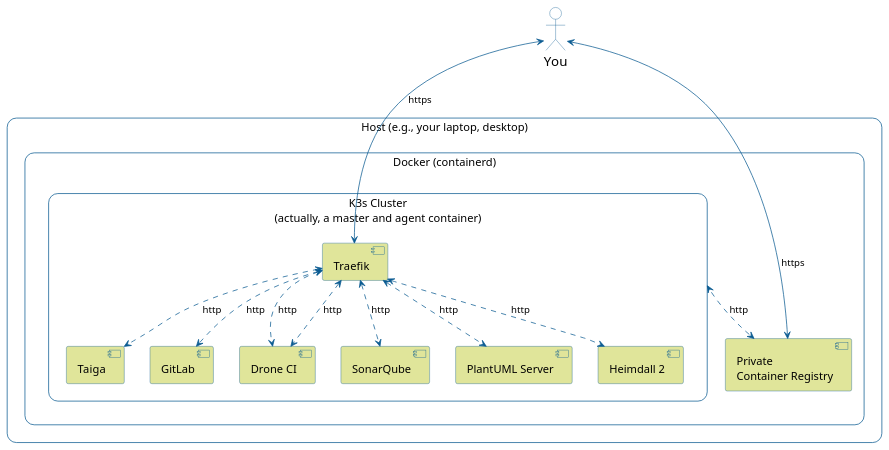
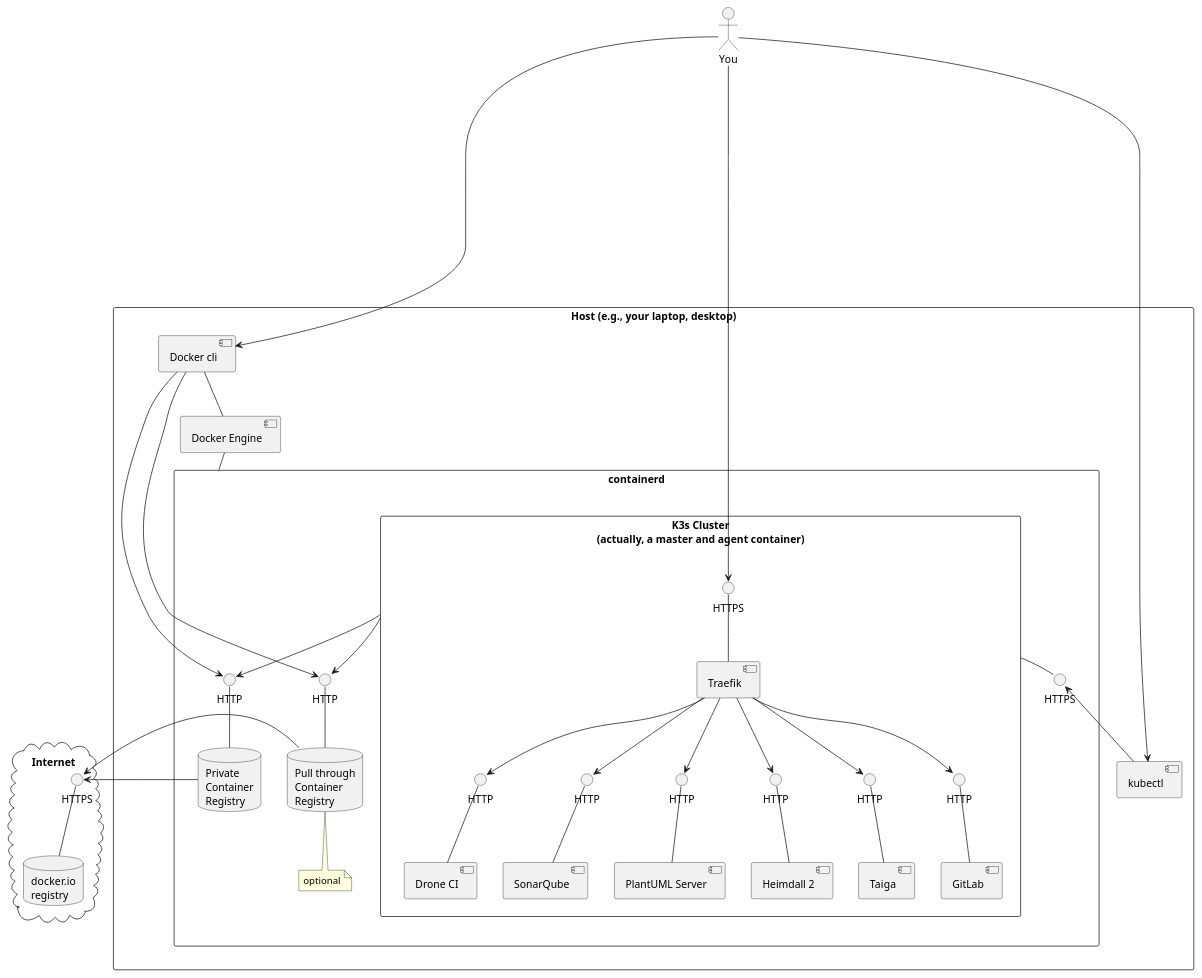
The diagram in plantuml/deployment.puml (nemonik/hands-on-DevOps-gen2), drawn with PlantUML before and after one commit.

Commit message:
improved deployment daigram

```diff
--- a/plantuml/deployment.puml
+++ b/plantuml/deployment.puml
@@ -1,89 +1,104 @@
 @startuml
+
 skinparam shadowing false
 
-skinparam actor {
-  BorderColor #0B5C92
-  BackgroundColor none
-  FontStyle "Thin"
-  FontSize 18
+actor "You" as you
+
+
+cloud  "Internet" as internet {
+
+  () "HTTPS" as docker_io_registry_http
+  database "docker.io\nregistry" as docker_io_registry
+
 }
 
-skinparam node {
-  BorderColor #0B5C92
-  BackgroundColor #ffffff
-  FontStyle "Thin"
-  FontSize 15
+rectangle "Host (e.g., your laptop, desktop)" as host {
+
+  rectangle "containerd" as containerd {
+
+    () "HTTPS" as k3s_api
+
+    rectangle "K3s Cluster\n(actually, a master and agent container)" as k3s {
+
+
+      () "HTTPS" as traefik_https
+      [Traefik] as traefik
+
+      () "HTTP" as taiga_http
+      [Taiga] as taiga
+
+      () "HTTP" as gitlab_http
+      [GitLab] as gitlab
+
+      () "HTTP" as drone_http
+      [Drone CI] as drone
+
+      () "HTTP" as sonar_http
+      [SonarQube] as sonar
+
+      () "HTTP" as plantuml_http
+      [PlantUML Server] as plantuml
+
+      () "HTTP" as heimdall_http
+      [Heimdall 2] as heimdall
+
+    }
+
+    () "HTTP" as private_registry_http
+    database "Private\nContainer\nRegistry" as private_registry
+
+    () "HTTP" as pullthrough_registry_http
+    database "Pull through\nContainer\nRegistry" as pullthrough_registry
+    note bottom
+     optional
+    end note
 }
 
-skinparam rectangle {
-  roundCorner 25
-  BorderColor #0B5C92
-  BackgroundColor #ffffff
-  FontStyle "Thin"
-  FontSize 15
-}
+  [Docker Engine] as docker_engine
 
-skinparam component {
-  BorderColor #0B5C92
-  BackgroundColor #e0e59a
-  FontStyle "Thin"
-  FontSize 15
-}
-
-skinparam agent {
-  BorderColor #0B5C92
-  BackgroundColor #e0e59a
-  FontStyle "Thin"
-  FontSize 15
+  [Docker cli] as docker
+  [kubectl] as kubectl
 }
 
 
-skinparam note {
-  BorderColor #0B5C92
-  BackgroundColor #FEFECE
-  FontStyle "Thin"
-  FontSize 15
-}
+you --> traefik_https
 
-skinparam database {
-  BorderColor #0B5C92
-  BackgroundColor #e0e59a
-  FontStyle "Thin"
-  FontSize 15
-}
+traefik_https -- traefik
+traefik --> taiga_http
+traefik --> gitlab_http
+traefik --> drone_http
+traefik --> sonar_http
+traefik --> plantuml_http
+traefik --> heimdall_http
 
-actor "You" as you
+taiga_http -- taiga
+gitlab_http -- gitlab
+drone_http -- drone
+sonar_http -- sonar
+plantuml_http -- plantuml
+heimdall_http -- heimdall
 
-rectangle "Host (e.g., your laptop, desktop)" as host {
+docker_io_registry_http -- docker_io_registry
 
-  rectangle "Docker (containerd)" {
+private_registry_http -- private_registry
+pullthrough_registry_http -- pullthrough_registry
 
-    rectangle "K3s Cluster\n(actually, a master and agent container)" as k3s {
-      component "Traefik" as traefik
-      component "Taiga" as taiga
-      component "GitLab" as gitlab
-      component "Drone CI" as drone
-      component "SonarQube" as sonarqube
-      component "PlantUML Server" as plantuml_server
-      component "Heimdall 2" as heimdall2
+private_registry -left-> docker_io_registry_http
+pullthrough_registry -left-> docker_io_registry_http
 
-    }
+k3s --> private_registry_http
+k3s --> pullthrough_registry_http
 
-    component "Private\nContainer Registry" as private_registry
-  }
-}
+you -------> docker
+you -------> kubectl
 
-traefik <.[#0B5C92]d.> gitlab : http
-traefik <.[#0B5C92]d.> drone : http
-traefik <.[#0B5C92]d.> taiga : http
-traefik <.[#0B5C92]d.> plantuml_server : http
-traefik <.[#0B5C92]d.> drone : http
-traefik <.[#0B5C92]d.> sonarqube : http
-traefik <.[#0B5C92]d.> heimdall2 : http
+k3s_api <-- kubectl
 
-k3s <.[#0B5C92]d.> private_registry : http
+docker --> private_registry_http
+docker --> pullthrough_registry_http
+docker -- docker_engine
+docker_engine -- containerd
 
-you <-[#0B5C92]d-> private_registry : https
-you <-[#0B5C92]d-> traefik : https
+k3s -- k3s_api
 
 @enduml
```
